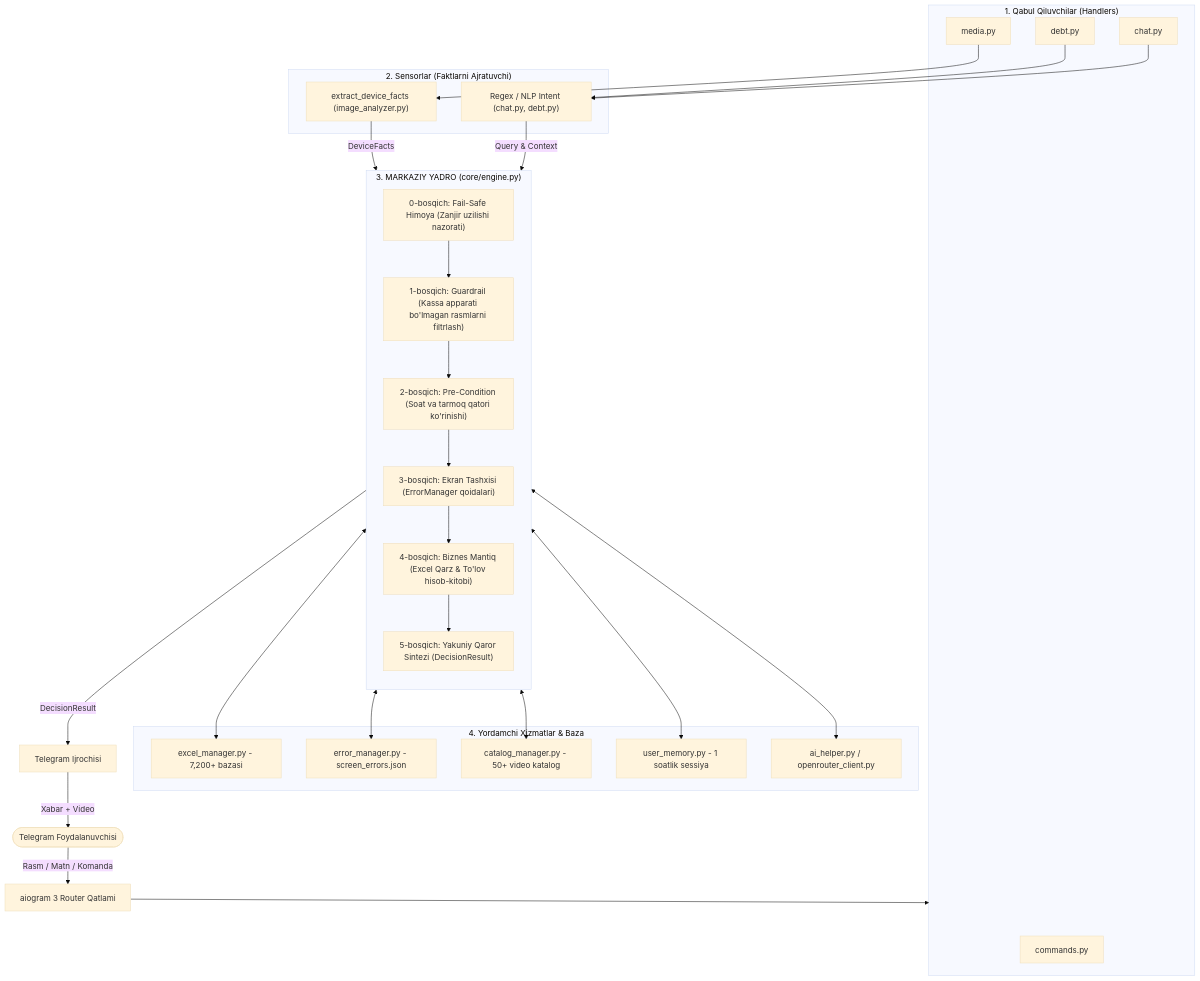
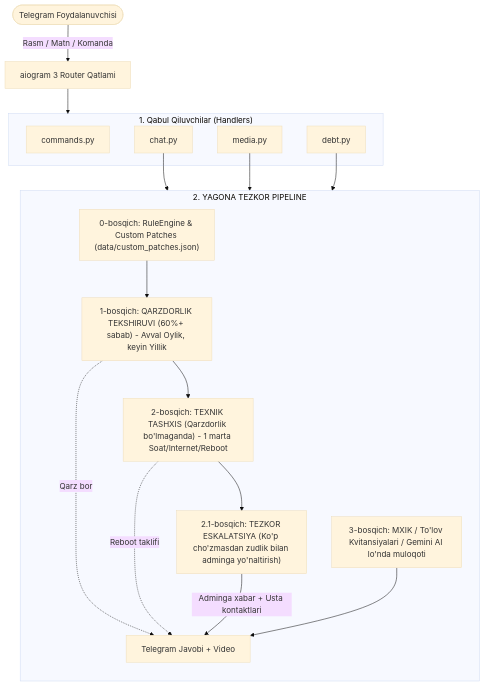
One commit to AxionSoftware-Inc/Mars-Automation changed the diagram in ARCHITECTURE.md. Above: the diagram before and after it, drawn with Mermaid (base theme). The commit also changed other lines of this file and 36 other files, not shown here.

First line of the commit message:
feat: persistent user memory, strict issue pipeline, audio handler and admin escalation

````diff
--- a/ARCHITECTURE.md
+++ b/ARCHITECTURE.md
@@ -24,54 +24,32 @@
 ```mermaid
 flowchart TD
     User([Telegram Foydalanuvchisi]) -->|Rasm / Matn / Komanda| Bot[aiogram 3 Router Qatlami]
 
     subgraph Handlers ["1. Qabul Qiluvchilar (Handlers)"]
         CmdH[commands.py]
         MediaH[media.py]
         DebtH[debt.py]
         ChatH[chat.py]
     end
 
     Bot --> Handlers
 
-    subgraph Sensors ["2. Sensorlar (Faktlarni Ajratuvchi)"]
-        VisionSensor["extract_device_facts (image_analyzer.py)"]
-        TextSensor["Regex / NLP Intent (chat.py, debt.py)"]
+    subgraph Pipeline ["2. YAGONA TEZKOR PIPELINE"]
+        direction TB
+        P0["0-bosqich: RuleEngine & Custom Patches (data/custom_patches.json)"]
+        P1["1-bosqich: QARZDORLIK TEKSHIRUVI (60%+ sabab) - Avval Oylik, keyin Yillik"]
+        P2["2-bosqich: TEXNIK TASHXIS (Qarzdorlik bo'lmaganda) - 1 marta Soat/Internet/Reboot"]
+        P3["2.1-bosqich: TEZKOR ESKALATSIYA (Ko'p cho'zmasdan zudlik bilan adminga yo'naltirish)"]
+        P4["3-bosqich: MXIK / To'lov Kvitansiyalari / Gemini AI lo'nda muloqoti"]
+
+        P0 --> P1 --> P2 --> P3
+        P1 -.->|Qarz bor| Runner[Telegram Javobi + Video]
+        P2 -.->|Reboot taklifi| Runner
+        P3 -->|Adminga xabar + Usta kontaktlari| Runner
+        P4 --> Runner
     end
 
-    MediaH --> VisionSensor
-    DebtH --> TextSensor
-    ChatH --> TextSensor
-
-    subgraph Core ["3. MARKAZIY YADRO (core/engine.py)"]
-        direction TB
-        S0["0-bosqich: Fail-Safe Himoya (Zanjir uzilishi nazorati)"]
-        S1["1-bosqich: Guardrail (Kassa apparati bo'lmagan rasmlarni filtrlash)"]
-        S2["2-bosqich: Pre-Condition (Soat va tarmoq qatori ko'rinishi)"]
-        S3["3-bosqich: Ekran Tashxisi (ErrorManager qoidalari)"]
-        S4["4-bosqich: Biznes Mantiq (Excel Qarz & To'lov hisob-kitobi)"]
-        S5["5-bosqich: Yakuniy Qaror Sintezi (DecisionResult)"]
-
-        S0 --> S1 --> S2 --> S3 --> S4 --> S5
-    end
-
-    VisionSensor -->|DeviceFacts| Core
-    TextSensor -->|Query & Context| Core
-
-    subgraph Services ["4. Yordamchi Xizmatlar & Baza"]
-        EM[excel_manager.py - 7,200+ bazasi]
-        ErrM[error_manager.py - screen_errors.json]
-        CatM[catalog_manager.py - 50+ video katalog]
-        UM[user_memory.py - 1 soatlik sessiya]
-        AI[ai_helper.py / openrouter_client.py]
-    end
-
-    Core <--> EM
-    Core <--> ErrM
-    Core <--> CatM
-    Core <--> UM
-    Core <--> AI
-
-    S5 -->|DecisionResult| Runner[Telegram Ijrochisi]
-    Runner -->|Xabar + Video| User
+    ChatH --> Pipeline
+    MediaH --> Pipeline
+    DebtH --> Pipeline
 ```
````
